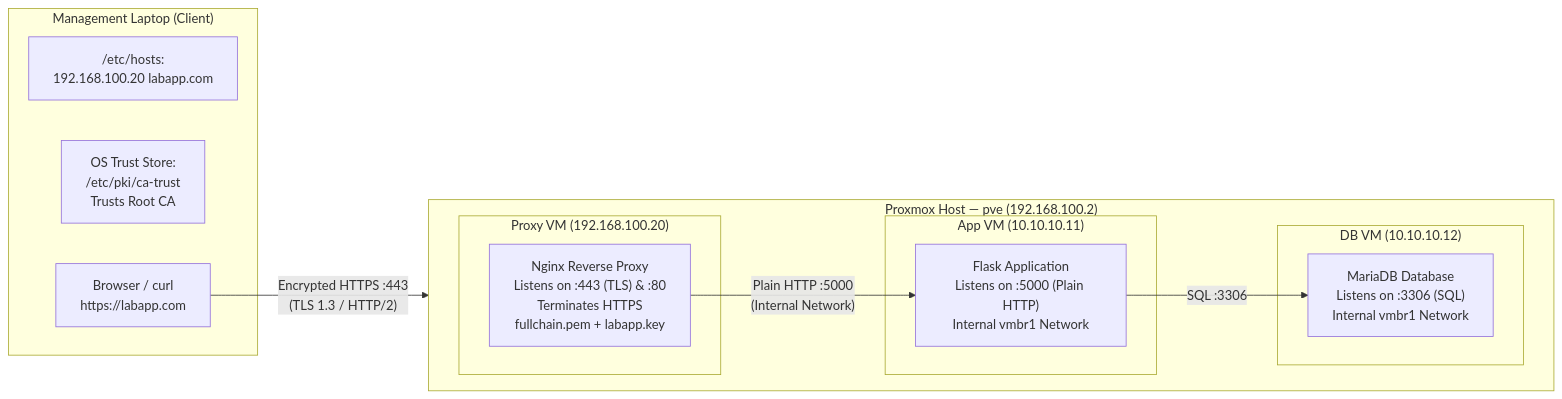
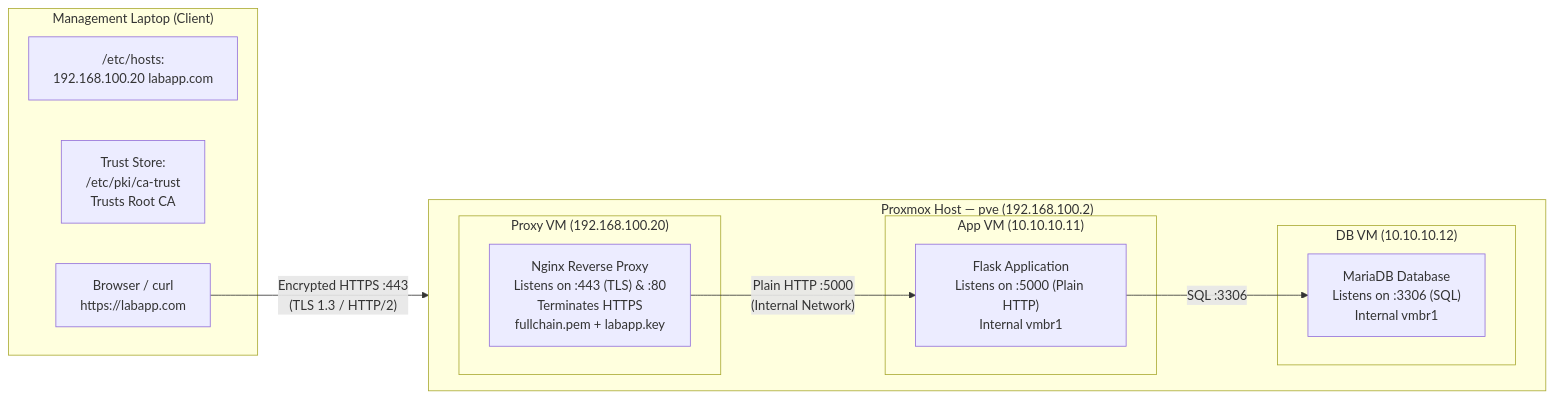
Before and after one commit to sylthecatto/airnav-notes: the diagram in AirNav DAS/Certs/OLIVERIO-Airnav-DAS PKI & CAs Task.md, drawn with Mermaid. The commit also changed other lines of this file, not shown here.

````diff
--- a/AirNav DAS/Certs/OLIVERIO-Airnav-DAS PKI & CAs Task.md
+++ b/AirNav DAS/Certs/OLIVERIO-Airnav-DAS PKI & CAs Task.md
@@ -39,26 +55,26 @@
 ```mermaid
 flowchart LR
     subgraph Client["Management Laptop (Client)"]
         LH["/etc/hosts:\n192.168.100.20 labapp.com"]
-        LTS["OS Trust Store:\n/etc/pki/ca-trust\nTrusts Root CA"]
+        LTS["Trust Store:\n/etc/pki/ca-trust\nTrusts Root CA"]
         B["Browser / curl\nhttps://labapp.com"]
     end
 
     subgraph PVE["Proxmox Host — pve (192.168.100.2)"]
         direction LR
         subgraph ProxyVM["Proxy VM (192.168.100.20)"]
             NG["Nginx Reverse Proxy\nListens on :443 (TLS) & :80\nTerminates HTTPS\nfullchain.pem + labapp.key"]
         end
         subgraph AppVM["App VM (10.10.10.11)"]
-            FL["Flask Application\nListens on :5000 (Plain HTTP)\nInternal vmbr1 Network"]
+            FL["Flask Application\nListens on :5000 (Plain HTTP)\nInternal vmbr1"]
         end
         subgraph DBVM["DB VM (10.10.10.12)"]
-            DB["MariaDB Database\nListens on :3306 (SQL)\nInternal vmbr1 Network"]
+            DB["MariaDB Database\nListens on :3306 (SQL)\nInternal vmbr1"]
         end
 
         NG -->|"Plain HTTP :5000\n(Internal Network)"| FL
         FL -->|"SQL :3306"| DB
     end
 
     B -->|"Encrypted HTTPS :443\n(TLS 1.3 / HTTP/2)"| NG
 ```
````
